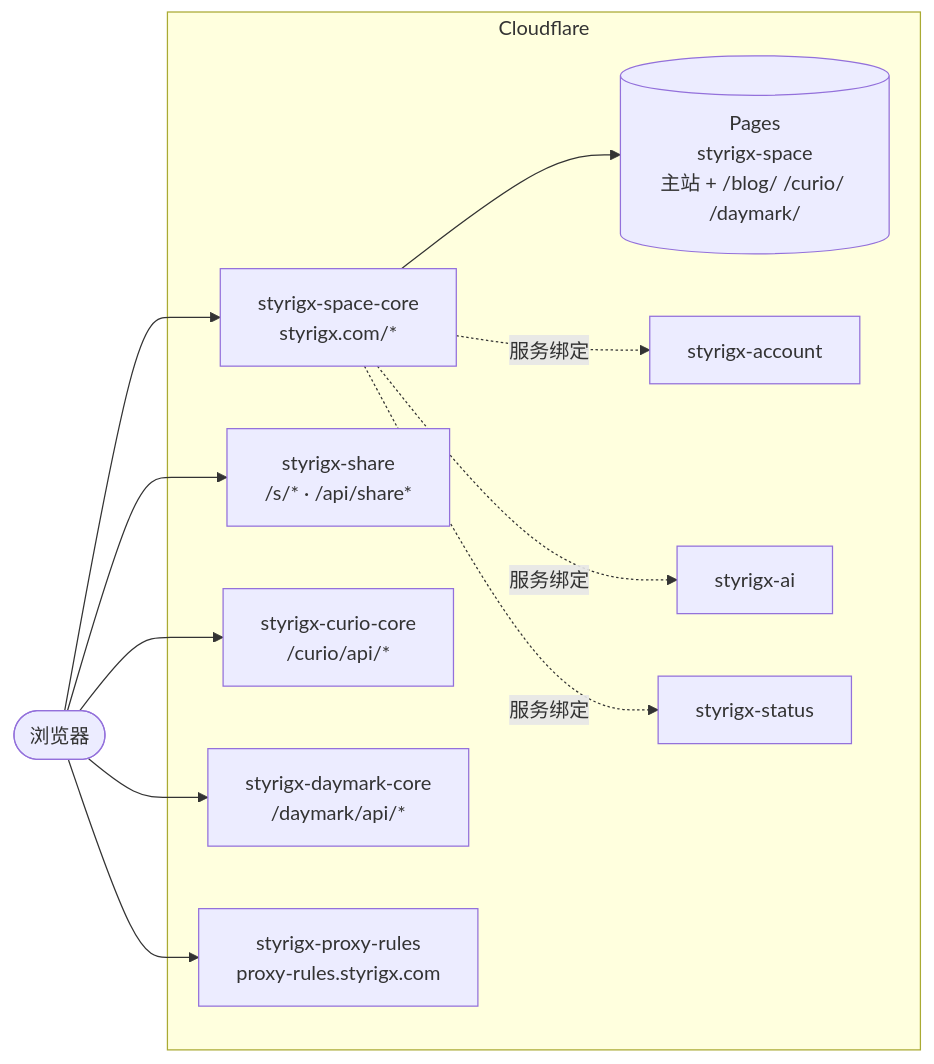
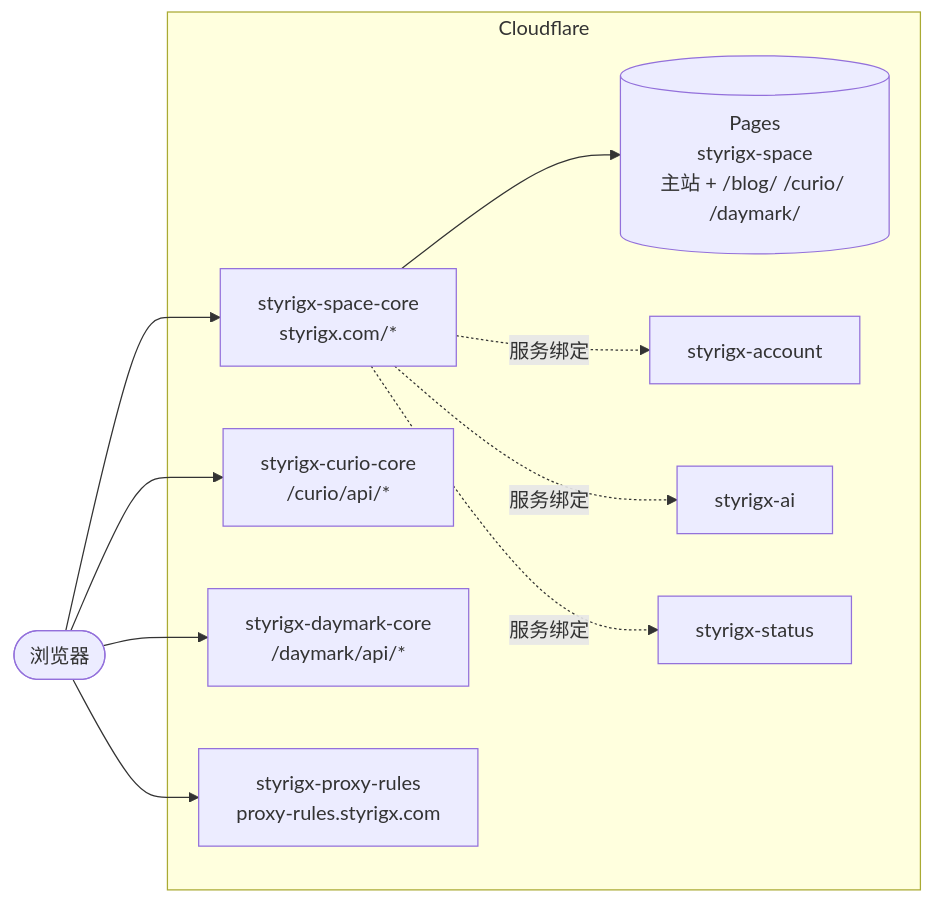
One commit to styrigx/styrigx-space changed the diagram in README.md. Above: the diagram before and after it, drawn with Mermaid. The commit also changed other lines of this file and 19 other files, not shown here.

````diff
--- a/README.md
+++ b/README.md
@@ -72,19 +72,17 @@
 ```mermaid
 flowchart LR
   V([浏览器]) --> GW
   subgraph CF[Cloudflare]
     GW[styrigx-space-core<br/>styrigx.com/*]
-    SH[styrigx-share<br/>/s/* · /api/share*]
     CC[styrigx-curio-core<br/>/curio/api/*]
     DC[styrigx-daymark-core<br/>/daymark/api/*]
     GW --> P1[(Pages<br/>styrigx-space<br/>主站 + /blog/ /curio/ /daymark/)]
     GW -. 服务绑定 .-> AC[styrigx-account]
     GW -. 服务绑定 .-> AI[styrigx-ai]
     GW -. 服务绑定 .-> ST[styrigx-status]
     PR[styrigx-proxy-rules<br/>proxy-rules.styrigx.com]
   end
-  V --> SH
   V --> CC
   V --> DC
   V --> PR
 ```
````
